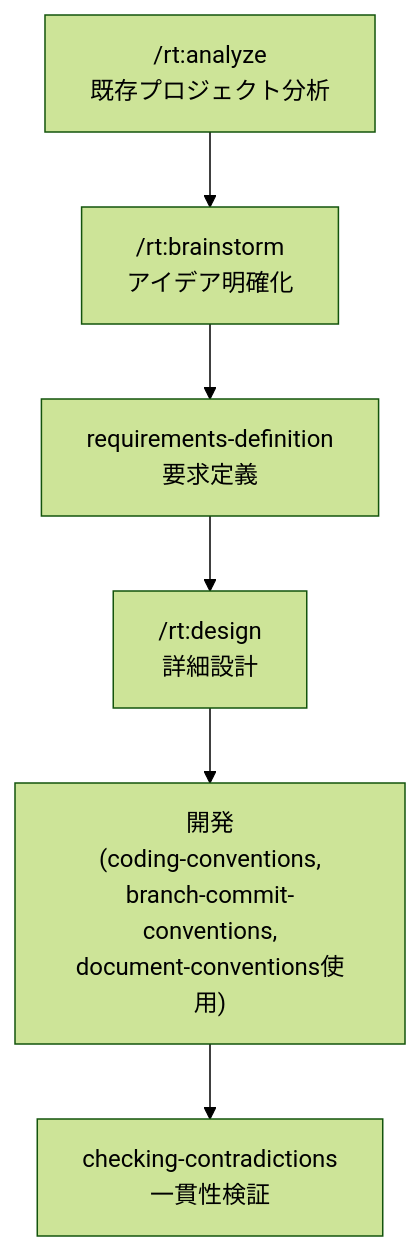
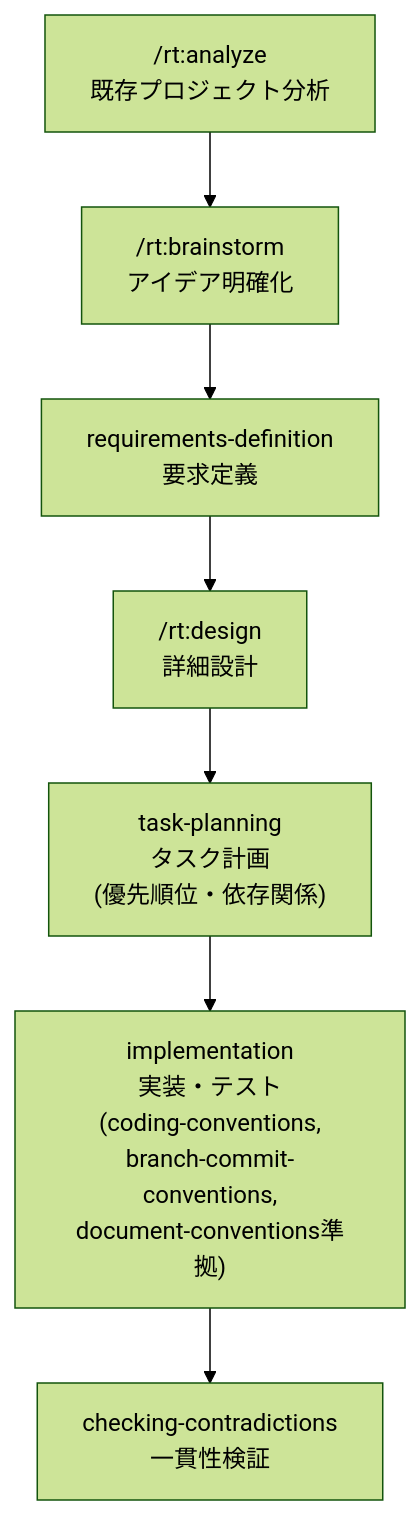
The diagram in README.md (RevTechStudio/PluginMarketplace), drawn with Mermaid (forest theme) before and after one commit. The commit also changed other lines of this file and 6 other files, not shown here.

````diff
--- a/README.md
+++ b/README.md
@@ -63,8 +65,9 @@
 ```mermaid
 graph TD
     A["/rt:analyze<br/>既存プロジェクト分析"] --> B["/rt:brainstorm<br/>アイデア明確化"]
     B --> C["requirements-definition<br/>要求定義"]
     C --> D["/rt:design<br/>詳細設計"]
-    D --> E["開発<br/>(coding-conventions,<br/>branch-commit-conventions,<br/>document-conventions使用)"]
-    E --> F["checking-contradictions<br/>一貫性検証"]
+    D --> E["task-planning<br/>タスク計画<br/>(優先順位・依存関係)"]
+    E --> F["implementation<br/>実装・テスト<br/>(coding-conventions,<br/>branch-commit-conventions,<br/>document-conventions準拠)"]
+    F --> G["checking-contradictions<br/>一貫性検証"]
 ```
````
